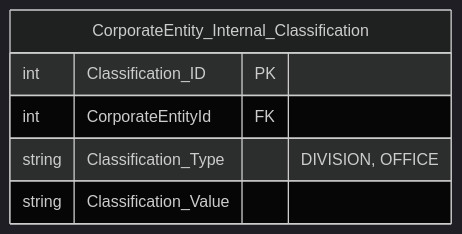
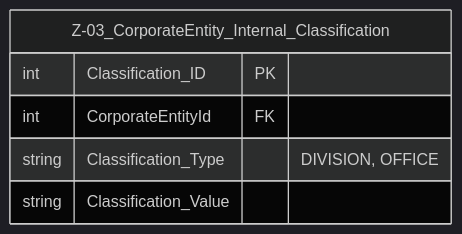
Before and after one commit to NeilWP/SUSTINA_CAB: the diagram in 003 DETAILED SPECIFICATIONS IS09001/Z- Data Entites/Z-03 CorporateEntity_Internal_Classification.md, drawn with Mermaid (dark theme). The commit also changed 4 other files, not shown here.

````diff
--- a/003 DETAILED SPECIFICATIONS IS09001/Z- Data Entites/Z-03 CorporateEntity_Internal_Classification.md
+++ b/003 DETAILED SPECIFICATIONS IS09001/Z- Data Entites/Z-03 CorporateEntity_Internal_Classification.md
@@ -11,12 +11,12 @@
 ```mermaid
 erDiagram
- %% =======================================================
+    %% =======================================================
     %% 1. THE CORE OBJECT (The Single Source)
     %% =======================================================
-    CorporateEntity_Internal_Classification {
+    Z-03_CorporateEntity_Internal_Classification {
         int Classification_ID PK
         int CorporateEntityId FK
         string Classification_Type "DIVISION, OFFICE"
         string Classification_Value
     }
 ```
````
